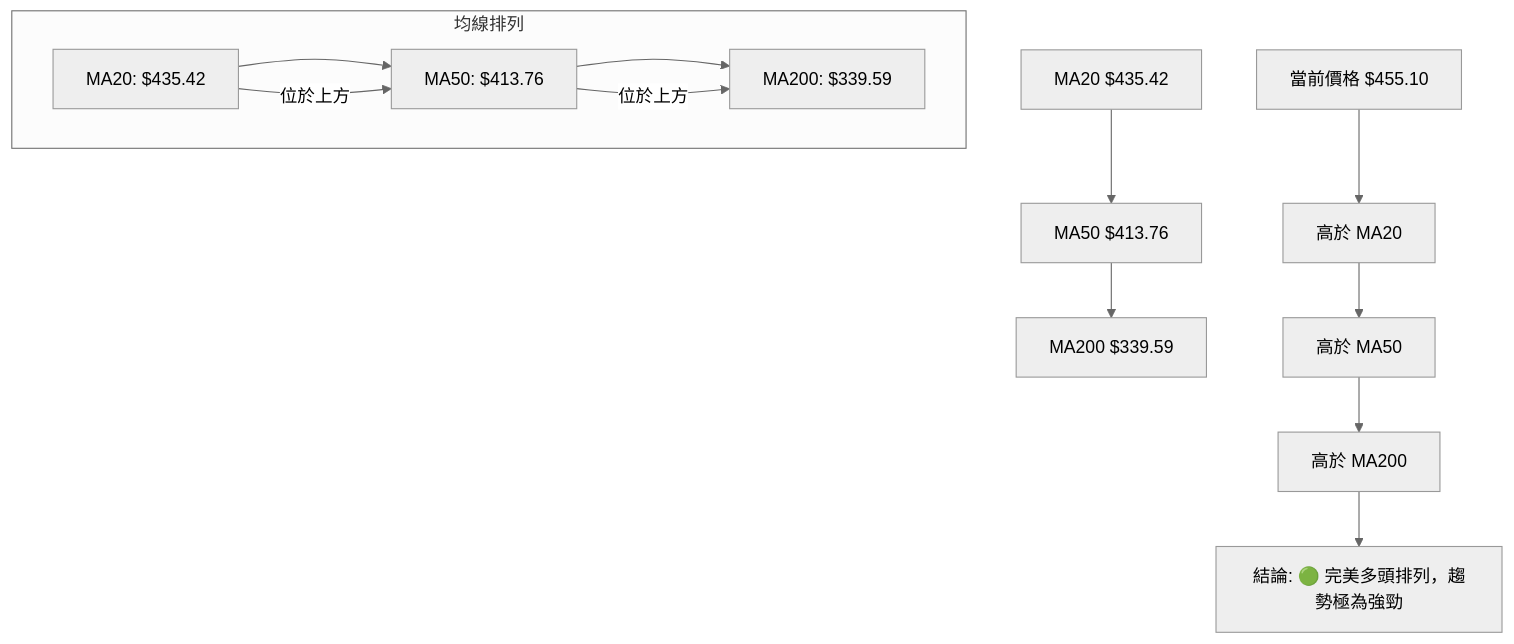
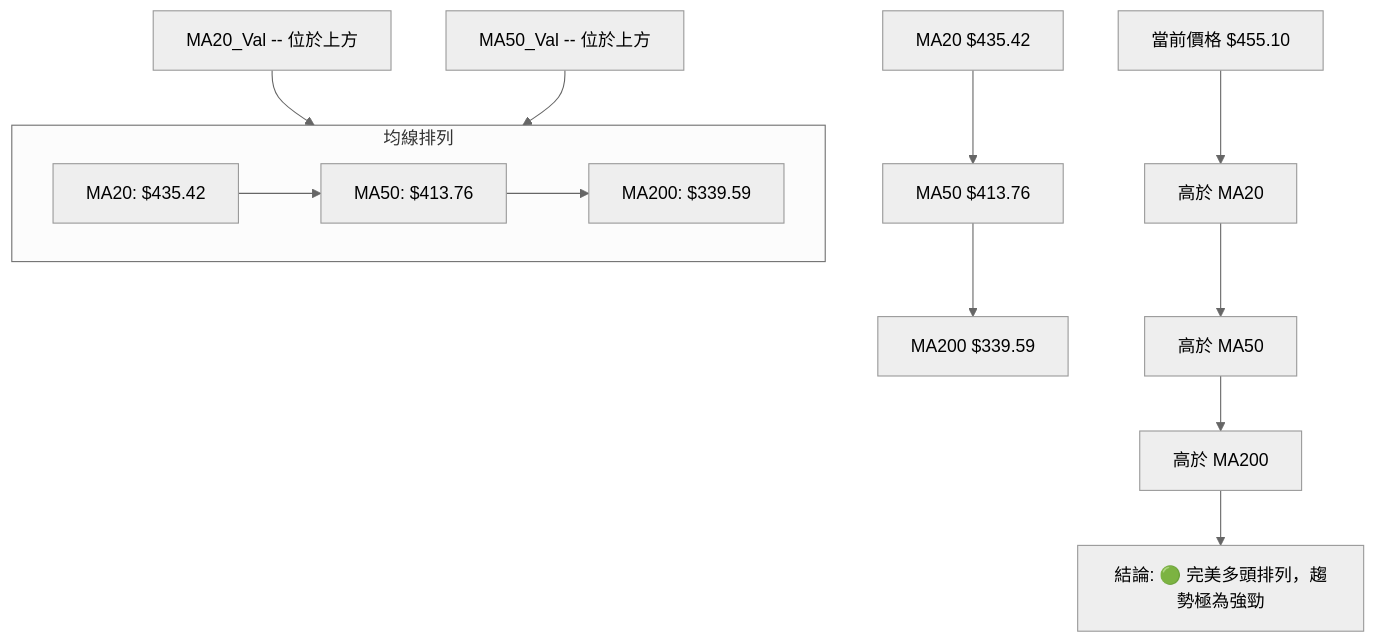
Before and after one commit to yennanliu/finance_data: the seventh of 12 diagrams in ai_gen_report/stock/tsm/technical_analysis_2026-06-29_gemini.md, drawn with Mermaid (neutral theme). The commit also changed other lines of this file and 2258 other files, not shown here.

First line of the commit message:
chore: backfill Mermaid syntax repair across existing reports

````diff
--- a/ai_gen_report/stock/tsm/technical_analysis_2026-06-29_gemini.md
+++ b/ai_gen_report/stock/tsm/technical_analysis_2026-06-29_gemini.md
@@ -452,19 +452,19 @@
 ```mermaid
 graph TD
-    A[MA20 $435.42] --> B[MA50 $413.76]
-    B --> C[MA200 $339.59]
+    A["MA20 $435.42"] --> B["MA50 $413.76"]
+    B --> C["MA200 $339.59"]
 
     subgraph "均線排列"
         direction LR
         MA20_Val["MA20: $435.42"] --> MA50_Val["MA50: $413.76"]
         MA50_Val --> MA200_Val["MA200: $339.59"]
     end
 
-    MA20_Val -- 位於上方 --> MA50_Val
-    MA50_Val -- 位於上方 --> MA200_Val
+    nb1["MA20_Val -- 位於上方"] --> MA50_Val
+    nb2["MA50_Val -- 位於上方"] --> MA200_Val
 
-    D[當前價格 $455.10] --> E[高於 MA20]
-    E --> F[高於 MA50]
-    F --> G[高於 MA200]
-    G --> H[結論: 🟢 完美多頭排列，趨勢極為強勁]
+    D["當前價格 $455.10"] --> E["高於 MA20"]
+    E --> F["高於 MA50"]
+    F --> G["高於 MA200"]
+    G --> H["結論: 🟢 完美多頭排列，趨勢極為強勁"]
 ```
````
